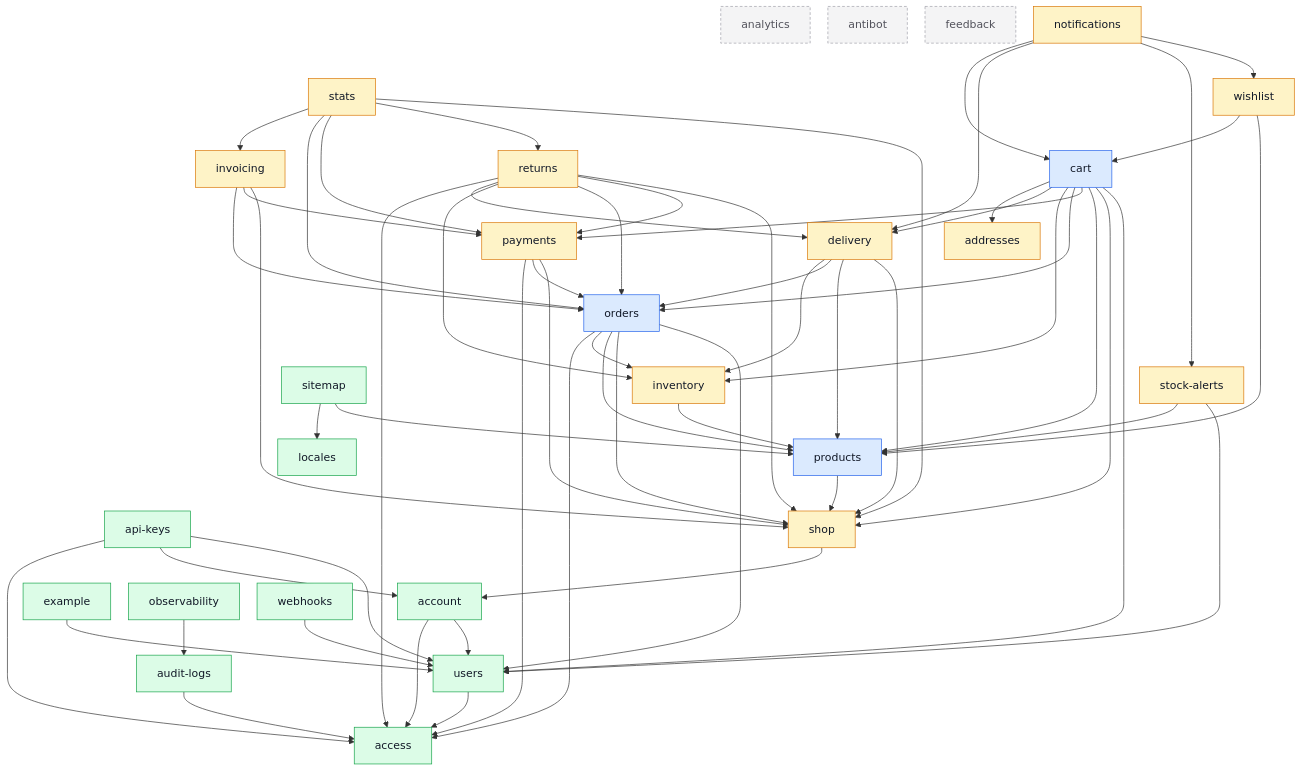
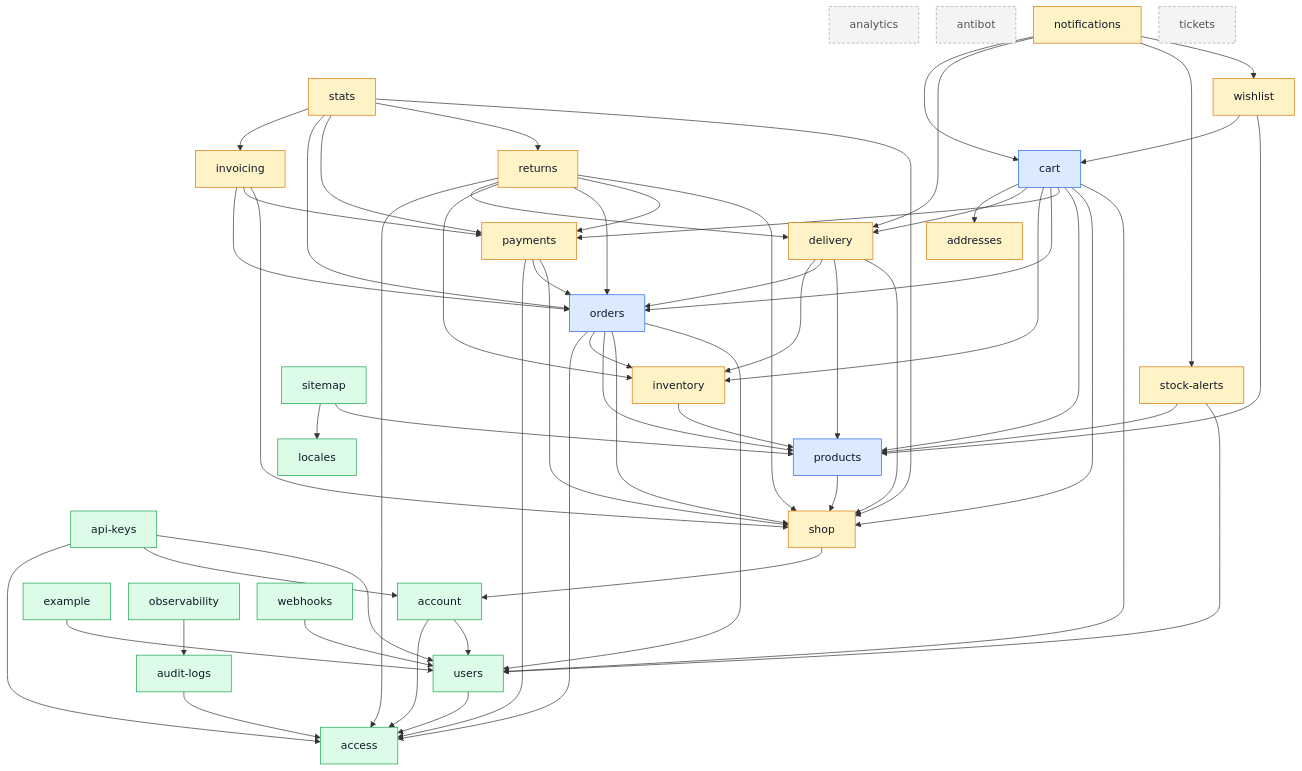
The diagram in docs/modules/index.md (Guebbit/boilerplate-node-backend), drawn with Mermaid before and after one commit. The commit also changed other lines of this file and 154 other files, not shown here.

````diff
--- a/docs/modules/index.md
+++ b/docs/modules/index.md
@@ -50,7 +50,6 @@
     cart
     delivery
     example
-    feedback
     inventory
     invoicing
     locales
@@ -64,6 +63,7 @@
     sitemap
     stats
     stock_alerts["stock-alerts"]
+    tickets
     users
     webhooks
     wishlist
@@ -133,5 +133,5 @@
     class cart,orders,products core;
     class addresses,delivery,inventory,invoicing,notifications,payments,returns,shop,stats,stock_alerts,wishlist supporting;
     class access,account,api_keys,audit_logs,example,locales,observability,sitemap,users,webhooks generic;
-    class analytics,antibot,feedback isolated;
+    class analytics,antibot,tickets isolated;
 ```
````
